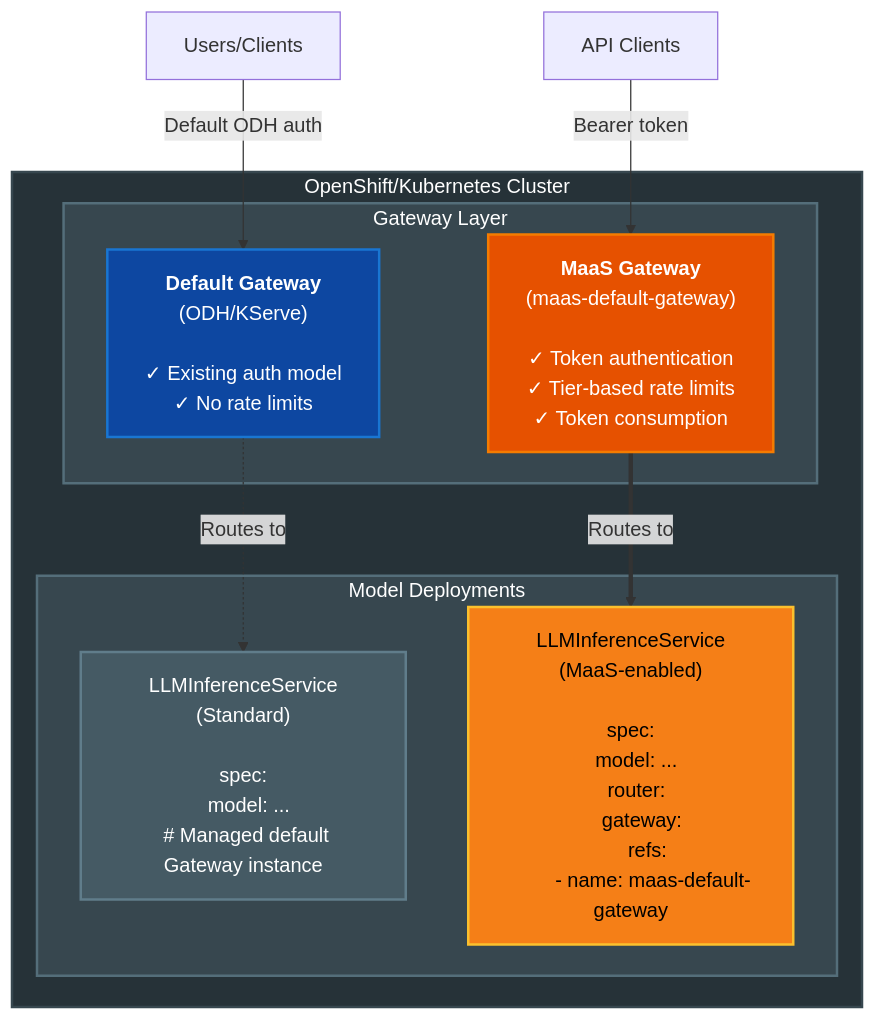
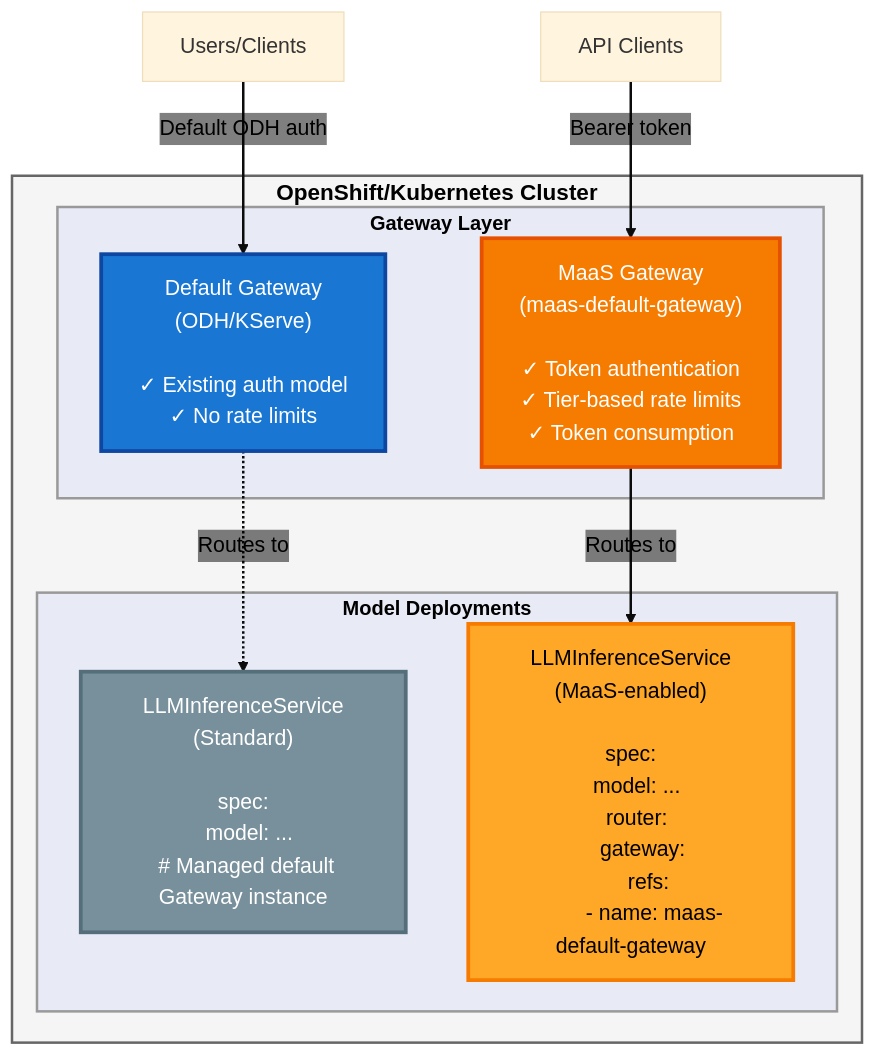
The diagram in docs/content/configuration-and-management/model-setup.md (opendatahub-io/maas-billing), drawn with Mermaid before and after one commit.

Commit message:
fix light-mode as well

````diff
--- a/docs/content/configuration-and-management/model-setup.md
+++ b/docs/content/configuration-and-management/model-setup.md
@@ -9,28 +9,33 @@
 ```mermaid
+%%{init: {'theme':'base', 'themeVariables': { 'fontSize':'17px', 'fontFamily':'system-ui, -apple-system, sans-serif', 'clusterBkg':'#f5f5f5', 'clusterBorder':'#666', 'edgeLabelBackground':'transparent', 'labelBackground':'transparent', 'tertiaryColor':'transparent'}}}%%
 graph TB
-    subgraph cluster["OpenShift/Kubernetes Cluster"]
-        subgraph gateways["Gateway Layer"]
-            defaultGW["<b>Default Gateway</b><br/>(ODH/KServe)<br/><br/>✓ Existing auth model<br/>✓ No rate limits<br/>"]
-            maasGW["<b>MaaS Gateway</b><br/>(maas-default-gateway)<br/><br/>✓ Token authentication<br/>✓ Tier-based rate limits<br/>✓ Token consumption "]
+    subgraph cluster["<span style='font-size:18px;font-weight:700;color:#000'>OpenShift/Kubernetes Cluster</span>"]
+        subgraph gateways["<span style='font-size:16px;font-weight:600;color:#000'>Gateway Layer</span>"]
+            defaultGW["Default Gateway<br/>(ODH/KServe)<br/><br/>✓ Existing auth model<br/>✓ No rate limits<br/>"]
+            maasGW["MaaS Gateway<br/>(maas-default-gateway)<br/><br/>✓ Token authentication<br/>✓ Tier-based rate limits<br/>✓ Token consumption "]
         end
 
-        subgraph models["Model Deployments"]
+        subgraph models["<span style='font-size:16px;font-weight:600;color:#000'>Model Deployments</span>"]
             standardModel["LLMInferenceService<br/>(Standard)<br/><br/>spec:<br/>  model: ...<br/>  # Managed default Gateway instance"]
             maasModel["LLMInferenceService<br/>(MaaS-enabled)<br/><br/>spec:<br/>  model: ...<br/>  router:<br/>    gateway:<br/>      refs:<br/>        - name: maas-default-gateway"]
         end
 
-        defaultGW -.->|"Routes to"| standardModel
-        maasGW ==>|"Routes to"| maasModel
+        defaultGW -.->|Routes to| standardModel
+        maasGW ==>|Routes to| maasModel
     end
 
-    users["Users/Clients"] -->|"Default ODH auth"| defaultGW
-    apiUsers["API Clients"] -->|"Bearer token"| maasGW
+    users["Users/Clients"] -->|Default ODH auth| defaultGW
+    apiUsers["API Clients"] -->|Bearer token| maasGW
 
-    style defaultGW fill:#0d47a1,stroke:#1976d2,stroke-width:2px,color:#fff
-    style maasGW fill:#e65100,stroke:#f57c00,stroke-width:2px,color:#fff
-    style standardModel fill:#455a64,stroke:#607d8b,stroke-width:2px,color:#fff
-    style maasModel fill:#f57f17,stroke:#fbc02d,stroke-width:2px,color:#000
-    style cluster fill:#263238,stroke:#37474f,stroke-width:2px,color:#fff
-    style gateways fill:#37474f,stroke:#546e7a,stroke-width:2px,color:#fff
-    style models fill:#37474f,stroke:#546e7a,stroke-width:2px,color:#fff
+    style defaultGW fill:#1976d2,stroke:#0d47a1,stroke-width:3px,color:#fff
+    style maasGW fill:#f57c00,stroke:#e65100,stroke-width:3px,color:#fff
+    style standardModel fill:#78909c,stroke:#546e7a,stroke-width:3px,color:#fff
+    style maasModel fill:#ffa726,stroke:#f57c00,stroke-width:3px,color:#000
+    style cluster fill:#f5f5f5,stroke:#666,stroke-width:2px
+    style gateways fill:#e8eaf6,stroke:#999,stroke-width:2px
+    style models fill:#e8eaf6,stroke:#999,stroke-width:2px
+    linkStyle 0 stroke-width:2px,color:#000
+    linkStyle 1 stroke-width:2px,color:#000
+    linkStyle 2 stroke-width:2px,color:#000
+    linkStyle 3 stroke-width:2px,color:#000
 ```
````
